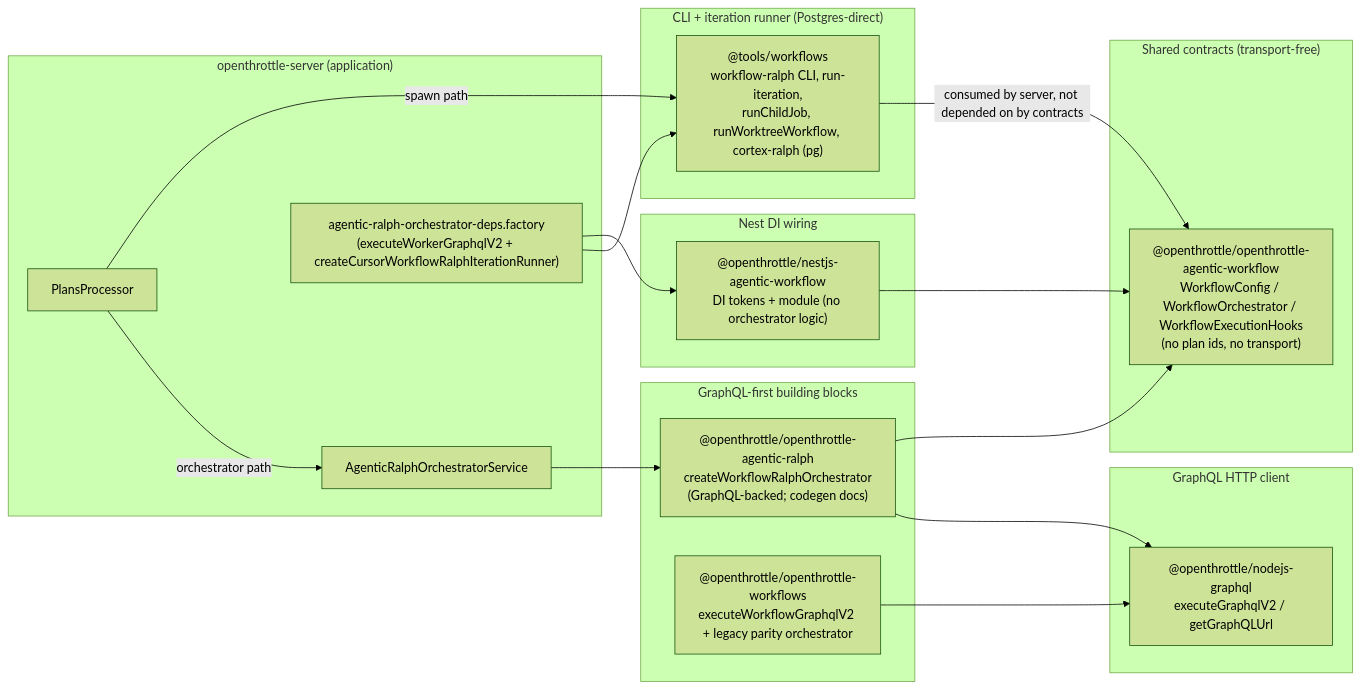
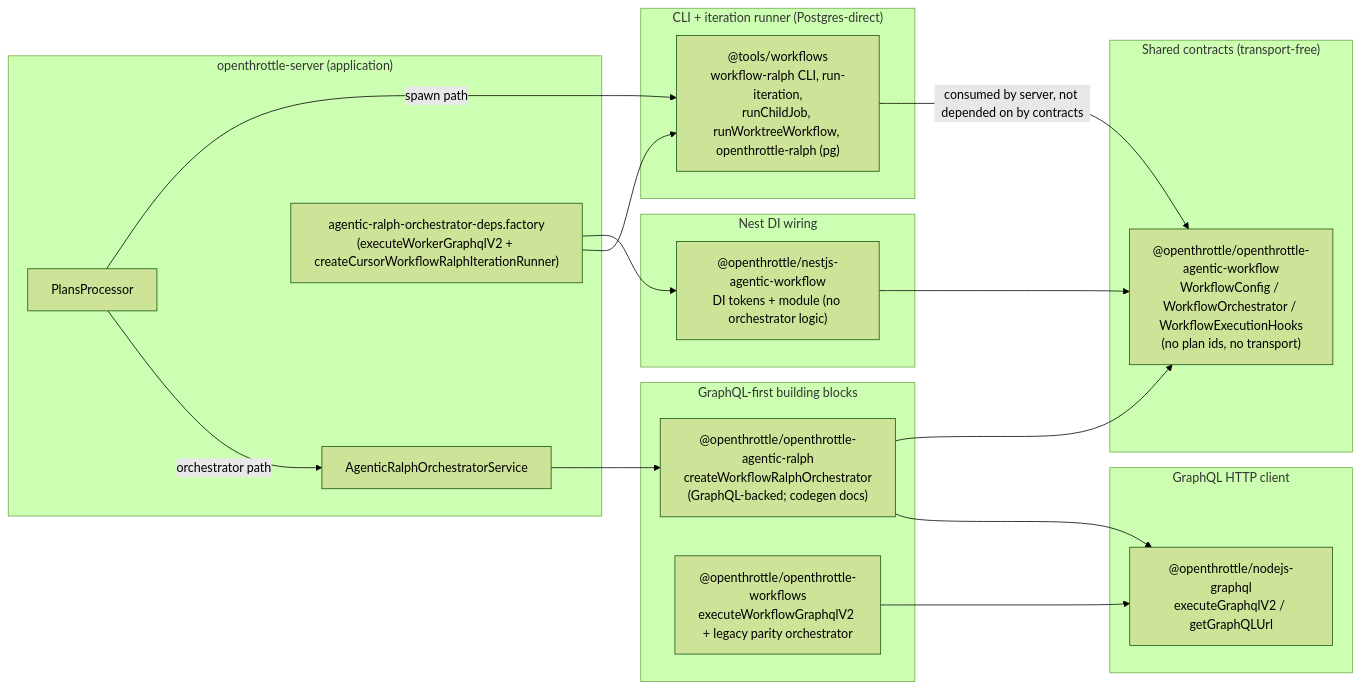
The second of 2 diagrams in docs/workflows/ralph-execution-paths-and-package-layering.md (OpenThrottle/monorepo), drawn with Mermaid (forest theme) before and after one commit. The commit also changed other lines of this file and 178 other files, not shown here.

````diff
--- a/docs/workflows/ralph-execution-paths-and-package-layering.md
+++ b/docs/workflows/ralph-execution-paths-and-package-layering.md
@@ -99,41 +99,41 @@
 ```mermaid
 flowchart LR
     subgraph contracts["Shared contracts (transport-free)"]
         agenticWf["@openthrottle/openthrottle-agentic-workflow\nWorkflowConfig / WorkflowOrchestrator / WorkflowExecutionHooks\n(no plan ids, no transport)"]
     end
 
     subgraph graphqlFirst["GraphQL-first building blocks"]
         agenticRalph["@openthrottle/openthrottle-agentic-ralph\ncreateWorkflowRalphOrchestrator\n(GraphQL-backed; codegen docs)"]
         otWorkflows["@openthrottle/openthrottle-workflows\nexecuteWorkflowGraphqlV2 + legacy parity orchestrator"]
     end
 
     subgraph nestWiring["Nest DI wiring"]
         nestWf["@openthrottle/nestjs-agentic-workflow\nDI tokens + module (no orchestrator logic)"]
     end
 
     subgraph cliRunner["CLI + iteration runner (Postgres-direct)"]
-        toolsWf["@tools/workflows\nworkflow-ralph CLI, run-iteration,\nrunChildJob, runWorktreeWorkflow, cortex-ralph (pg)"]
+        toolsWf["@tools/workflows\nworkflow-ralph CLI, run-iteration,\nrunChildJob, runWorktreeWorkflow, openthrottle-ralph (pg)"]
     end
 
     subgraph nodeGql["GraphQL HTTP client"]
         nodejsGql["@openthrottle/nodejs-graphql\nexecuteGraphqlV2 / getGraphQLUrl"]
     end
 
     agenticRalph --> agenticWf
     agenticRalph --> nodejsGql
     otWorkflows --> nodejsGql
     nestWf --> agenticWf
     toolsWf -->|consumed by server, not depended on by contracts| agenticWf
 
     subgraph server["openthrottle-server (application)"]
         plansProc2["PlansProcessor"]
         orchSvc2["AgenticRalphOrchestratorService"]
         depsFactory["agentic-ralph-orchestrator-deps.factory\n(executeWorkerGraphqlV2 + createCursorWorkflowRalphIterationRunner)"]
     end
 
     plansProc2 -->|spawn path| toolsWf
     plansProc2 -->|orchestrator path| orchSvc2
     orchSvc2 --> agenticRalph
     depsFactory --> nestWf
     depsFactory --> toolsWf
 ```
````
